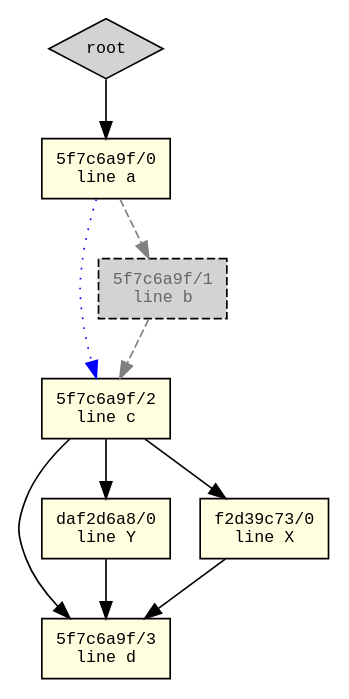
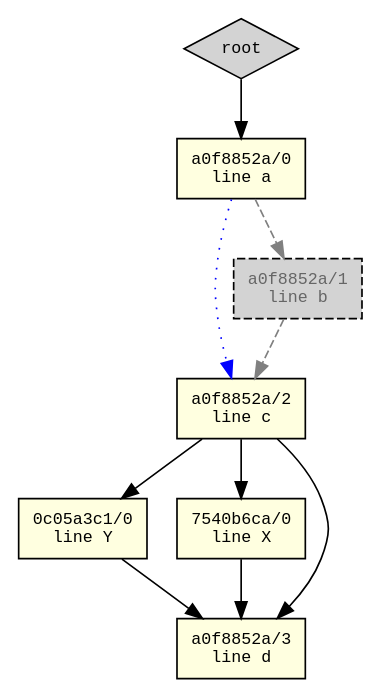
The diagram in public/algebraicarch/pushout/example.dot (stergiotis/boxer), drawn with Graphviz before and after one commit. The commit also changed 7 other files, not shown here.

```diff
--- a/public/algebraicarch/pushout/example.dot
+++ b/public/algebraicarch/pushout/example.dot
@@ -1,23 +1,23 @@
 digraph pushoutgraph {
   rankdir=TB;
   node [fontname="monospace", fontsize=10];
   edge [fontname="monospace", fontsize=8];
 
   root [label="root", shape=diamond, style=filled, fillcolor=lightgrey];
-  n_5f7c6a9f4944f10f_0 [label="5f7c6a9f/0\nline a", shape=box, style=filled, fillcolor=lightyellow];
-  n_5f7c6a9f4944f10f_2 [label="5f7c6a9f/2\nline c", shape=box, style=filled, fillcolor=lightyellow];
-  n_5f7c6a9f4944f10f_3 [label="5f7c6a9f/3\nline d", shape=box, style=filled, fillcolor=lightyellow];
-  n_daf2d6a88e63227b_0 [label="daf2d6a8/0\nline Y", shape=box, style=filled, fillcolor=lightyellow];
-  n_f2d39c7393d7a98e_0 [label="f2d39c73/0\nline X", shape=box, style=filled, fillcolor=lightyellow];
-  n_5f7c6a9f4944f10f_1 [label="5f7c6a9f/1\nline b", shape=box, style="dashed,filled", fillcolor=lightgrey, fontcolor=grey40];
+  n_0c05a3c134fbe96a_0 [label="0c05a3c1/0\nline Y", shape=box, style=filled, fillcolor=lightyellow];
+  n_7540b6caf2e12946_0 [label="7540b6ca/0\nline X", shape=box, style=filled, fillcolor=lightyellow];
+  n_a0f8852af409dde0_0 [label="a0f8852a/0\nline a", shape=box, style=filled, fillcolor=lightyellow];
+  n_a0f8852af409dde0_2 [label="a0f8852a/2\nline c", shape=box, style=filled, fillcolor=lightyellow];
+  n_a0f8852af409dde0_3 [label="a0f8852a/3\nline d", shape=box, style=filled, fillcolor=lightyellow];
+  n_a0f8852af409dde0_1 [label="a0f8852a/1\nline b", shape=box, style="dashed,filled", fillcolor=lightgrey, fontcolor=grey40];
 
-  root -> n_5f7c6a9f4944f10f_0 [style=solid, color=black];
-  n_5f7c6a9f4944f10f_0 -> n_5f7c6a9f4944f10f_1 [style=dashed, color=grey];
-  n_5f7c6a9f4944f10f_0 -> n_5f7c6a9f4944f10f_2 [style=dotted, color=blue];
-  n_5f7c6a9f4944f10f_1 -> n_5f7c6a9f4944f10f_2 [style=dashed, color=grey];
-  n_5f7c6a9f4944f10f_2 -> n_5f7c6a9f4944f10f_3 [style=solid, color=black];
-  n_5f7c6a9f4944f10f_2 -> n_f2d39c7393d7a98e_0 [style=solid, color=black];
-  n_5f7c6a9f4944f10f_2 -> n_daf2d6a88e63227b_0 [style=solid, color=black];
-  n_daf2d6a88e63227b_0 -> n_5f7c6a9f4944f10f_3 [style=solid, color=black];
-  n_f2d39c7393d7a98e_0 -> n_5f7c6a9f4944f10f_3 [style=solid, color=black];
+  root -> n_a0f8852af409dde0_0 [style=solid, color=black];
+  n_0c05a3c134fbe96a_0 -> n_a0f8852af409dde0_3 [style=solid, color=black];
+  n_7540b6caf2e12946_0 -> n_a0f8852af409dde0_3 [style=solid, color=black];
+  n_a0f8852af409dde0_0 -> n_a0f8852af409dde0_1 [style=dashed, color=grey];
+  n_a0f8852af409dde0_0 -> n_a0f8852af409dde0_2 [style=dotted, color=blue];
+  n_a0f8852af409dde0_1 -> n_a0f8852af409dde0_2 [style=dashed, color=grey];
+  n_a0f8852af409dde0_2 -> n_a0f8852af409dde0_3 [style=solid, color=black];
+  n_a0f8852af409dde0_2 -> n_7540b6caf2e12946_0 [style=solid, color=black];
+  n_a0f8852af409dde0_2 -> n_0c05a3c134fbe96a_0 [style=solid, color=black];
 }
```
